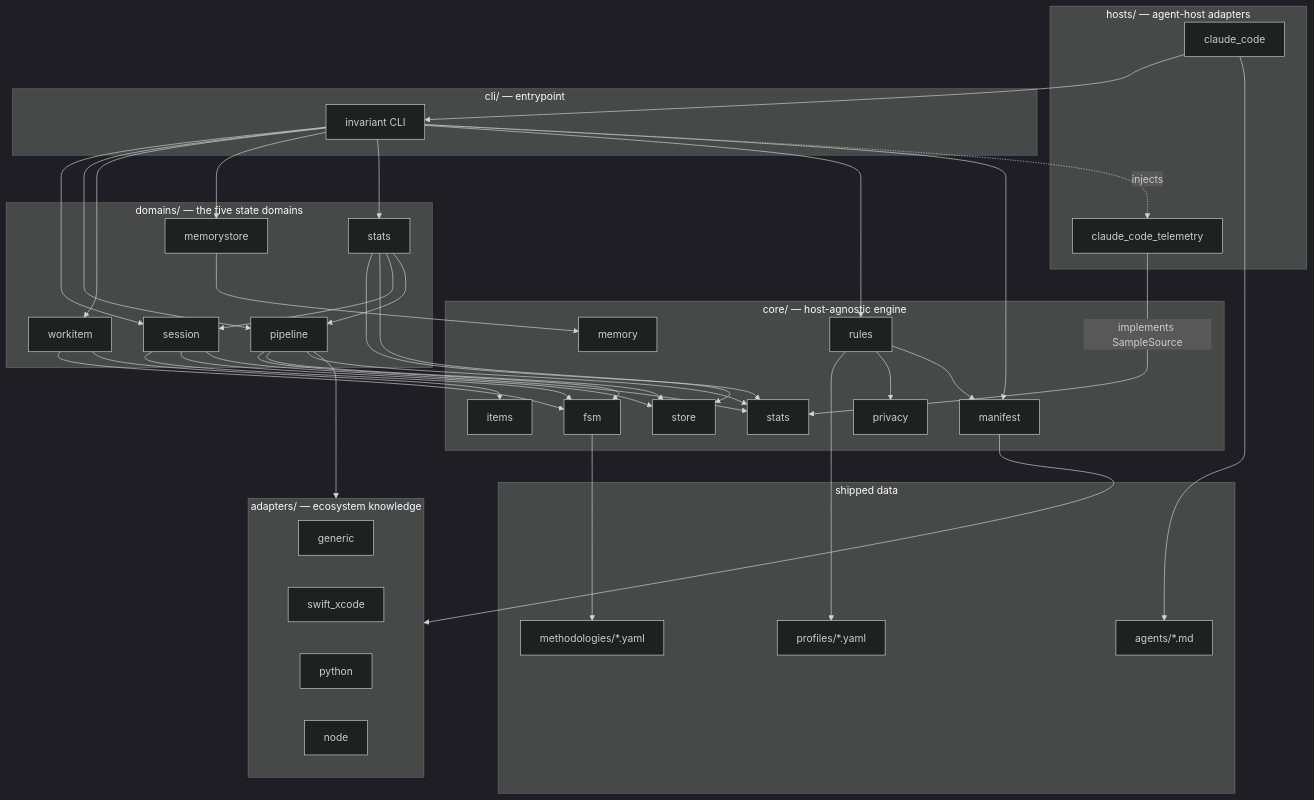
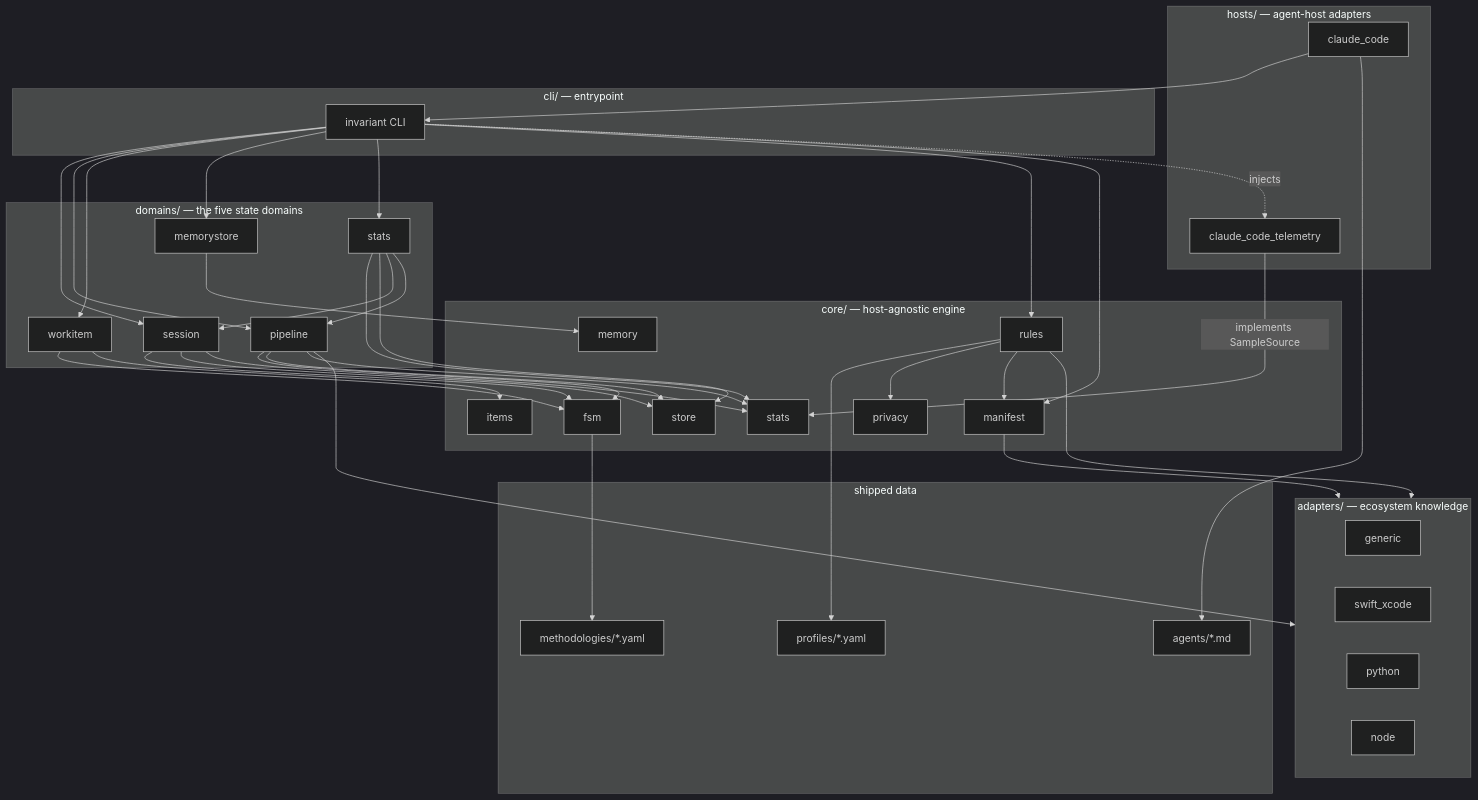
One commit to Mindchallenges/Invariant changed the first of 3 diagrams in docs/architecture/overview.md. Above: the diagram before and after it, drawn with Mermaid (dark theme). The commit also changed other lines of this file and 9 other files, not shown here.

````diff
--- a/docs/architecture/overview.md
+++ b/docs/architecture/overview.md
@@ -12,76 +12,77 @@
 ```mermaid
 graph TD
     subgraph host["hosts/ — agent-host adapters"]
         CC[claude_code]
         CCTEL[claude_code_telemetry]
     end
 
     subgraph cli["cli/ — entrypoint"]
         CLI[invariant CLI]
     end
 
     subgraph core["core/ — host-agnostic engine"]
         FSM[fsm]
         STORE[store]
         MANIFEST[manifest]
         RULES[rules]
         ITEMS[items]
         MEMORY[memory]
         PRIVACY[privacy]
         STATS[stats]
     end
 
     subgraph domains["domains/ — the five state domains"]
         SESSION[session]
         PIPELINE[pipeline]
         WORKITEM[workitem]
         MEMDOMAIN[memorystore]
         STATSDOMAIN[stats]
     end
 
     subgraph adapters["adapters/ — ecosystem knowledge"]
         GENERIC[generic]
         SWIFT[swift_xcode]
         PY[python]
         NODE[node]
     end
 
     subgraph data["shipped data"]
         METH[methodologies/*.yaml]
         PROF[profiles/*.yaml]
         AGENTS[agents/*.md]
     end
 
     CC --> CLI
     CLI --> SESSION
     CLI --> PIPELINE
     CLI --> WORKITEM
     CLI --> MEMDOMAIN
     CLI --> STATSDOMAIN
     CLI --> RULES
     CLI --> MANIFEST
     CLI -. injects .-> CCTEL
 
     SESSION --> FSM
     PIPELINE --> FSM
     WORKITEM --> FSM
     SESSION --> STORE
     PIPELINE --> STORE
     WORKITEM --> ITEMS
     MEMDOMAIN --> MEMORY
     STATSDOMAIN --> STATS
     STATSDOMAIN --> STORE
     STATSDOMAIN --> SESSION
     STATSDOMAIN --> PIPELINE
     SESSION --> STATS
     PIPELINE --> STATS
     CCTEL -- implements SampleSource --> STATS
 
     FSM --> METH
     RULES --> PROF
     RULES --> PRIVACY
     RULES --> MANIFEST
+    RULES --> adapters
     MANIFEST --> adapters
     PIPELINE --> adapters
     CC --> AGENTS
 ```
````
